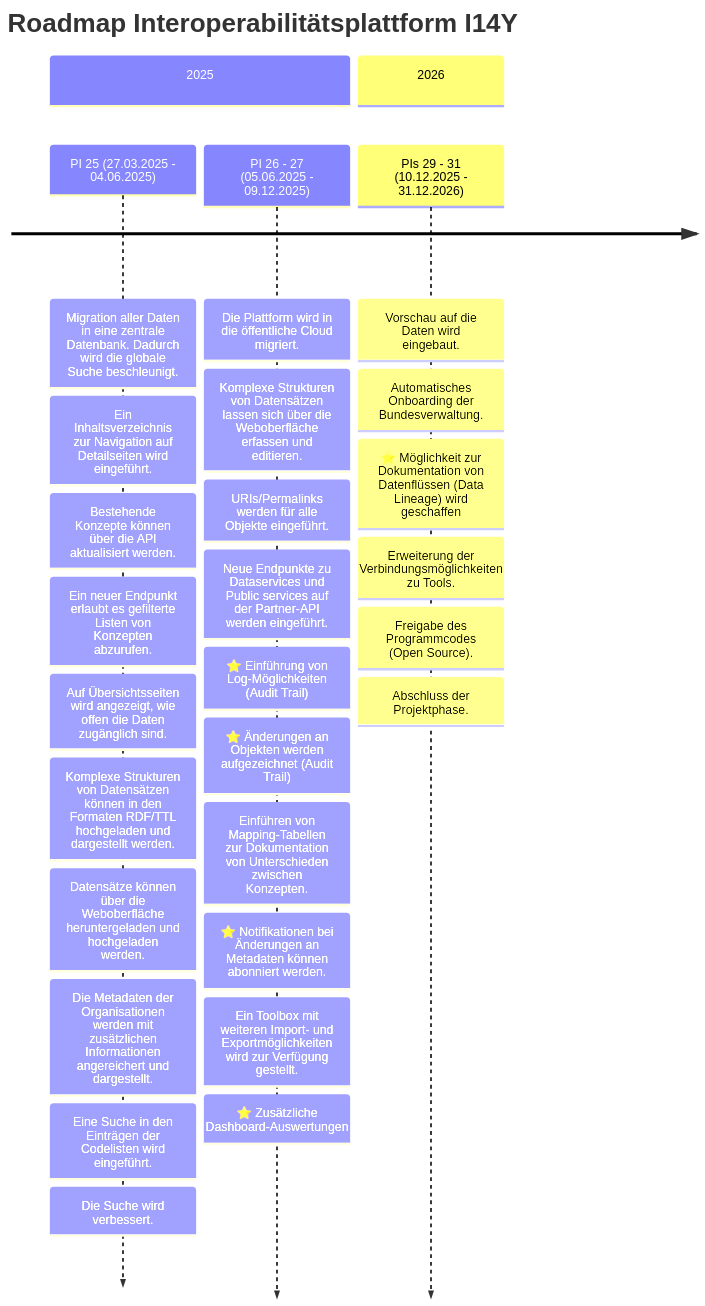
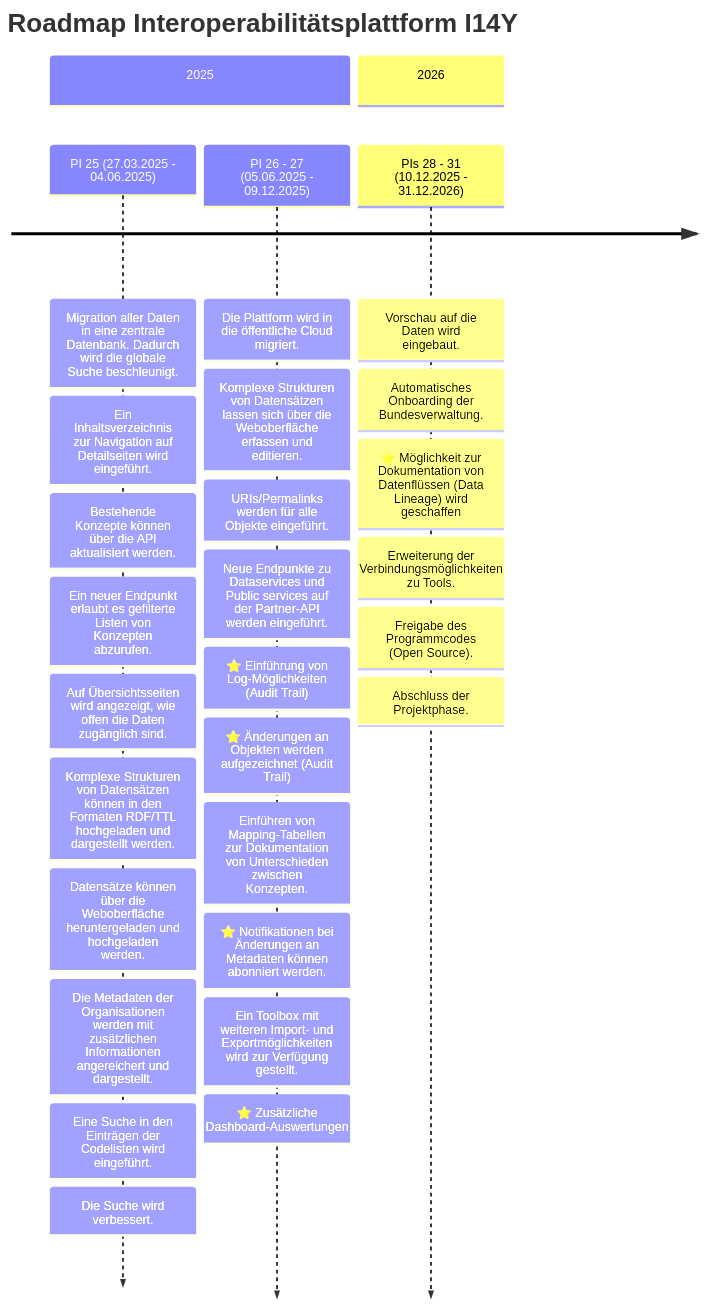
Before and after one commit to I14Y-ch/handbook: the diagram in content/de/plattform/roadmap.md, drawn with Mermaid.

```diff
--- a/content/de/plattform/roadmap.md
+++ b/content/de/plattform/roadmap.md
@@ -21,38 +21,38 @@
 {{< mermaid width="650px" >}}
 timeline
     title Roadmap Interoperabilitätsplattform I14Y
     
     section 2025
         PI 25 (27.03.2025 - 04.06.2025)
         : Migration aller Daten in eine zentrale Datenbank. Dadurch wird die globale Suche beschleunigt.
         : Ein Inhaltsverzeichnis zur Navigation auf Detailseiten wird eingeführt.
         : Bestehende Konzepte können über die API aktualisiert werden.
         : Ein neuer Endpunkt erlaubt es gefilterte Listen von Konzepten abzurufen.
         : Auf Übersichtsseiten wird angezeigt, wie offen die Daten zugänglich sind. 
         : Komplexe Strukturen von Datensätzen können in den Formaten RDF/TTL hochgeladen und dargestellt werden. 
         : Datensätze können über die Weboberfläche heruntergeladen und hochgeladen werden.
         : Die Metadaten der Organisationen werden mit zusätzlichen Informationen angereichert und dargestellt.
         : Eine Suche in den Einträgen der Codelisten wird eingeführt.
         : Die Suche wird verbessert.
         
         PI 26 - 27 (05.06.2025 - 09.12.2025)
         : Die Plattform wird in die öffentliche Cloud migriert.
         : Komplexe Strukturen von Datensätzen lassen sich über die Weboberfläche erfassen und editieren.
         : URIs/Permalinks werden für alle Objekte eingeführt.
         : Neue Endpunkte zu Dataservices und Public services auf der Partner-API werden eingeführt.
         : ⭐ Einführung von Log-Möglichkeiten (Audit Trail)
         : ⭐ Änderungen an Objekten werden aufgezeichnet (Audit Trail)
         : Einführen von Mapping-Tabellen zur Dokumentation von Unterschieden zwischen Konzepten.
         : ⭐ Notifikationen bei Änderungen an Metadaten können abonniert werden.
         : Ein Toolbox mit weiteren Import- und Exportmöglichkeiten wird zur Verfügung gestellt.
         : ⭐ Zusätzliche Dashboard-Auswertungen
   
     section 2026
-        PIs 29 - 31 (10.12.2025 - 31.12.2026)
+        PIs 28 - 31 (10.12.2025 - 31.12.2026)
         : Vorschau auf die Daten wird eingebaut.
         : Automatisches Onboarding der Bundesverwaltung.
         : ⭐ Möglichkeit zur Dokumentation von Datenflüssen (Data Lineage) wird geschaffen
         : Erweiterung der Verbindungsmöglichkeiten zu Tools.
         : Freigabe des Programmcodes (Open Source).
         : Abschluss der Projektphase.
 {{< /mermaid >}}
```
